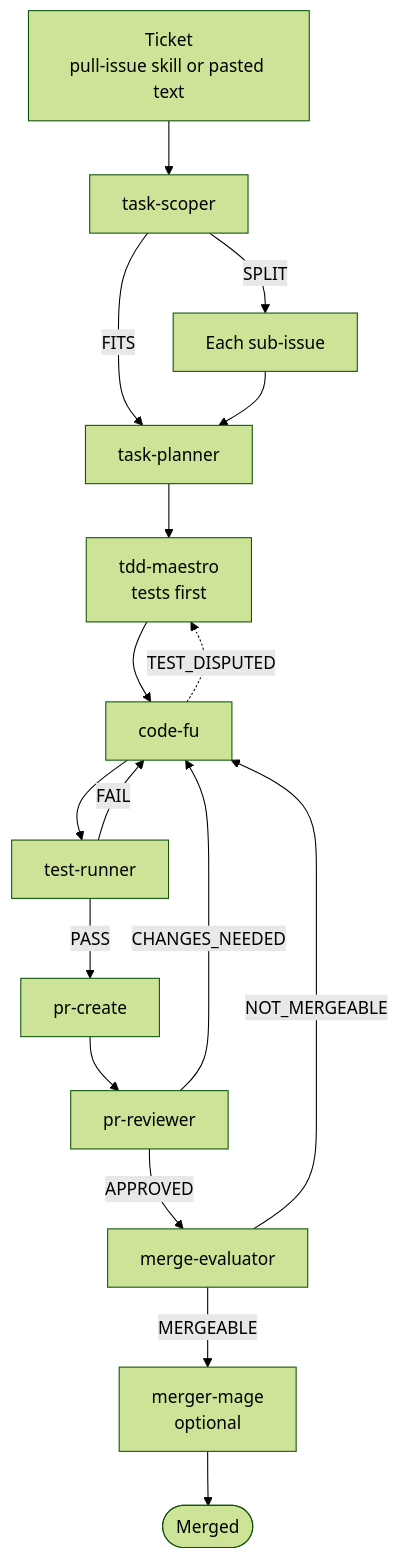
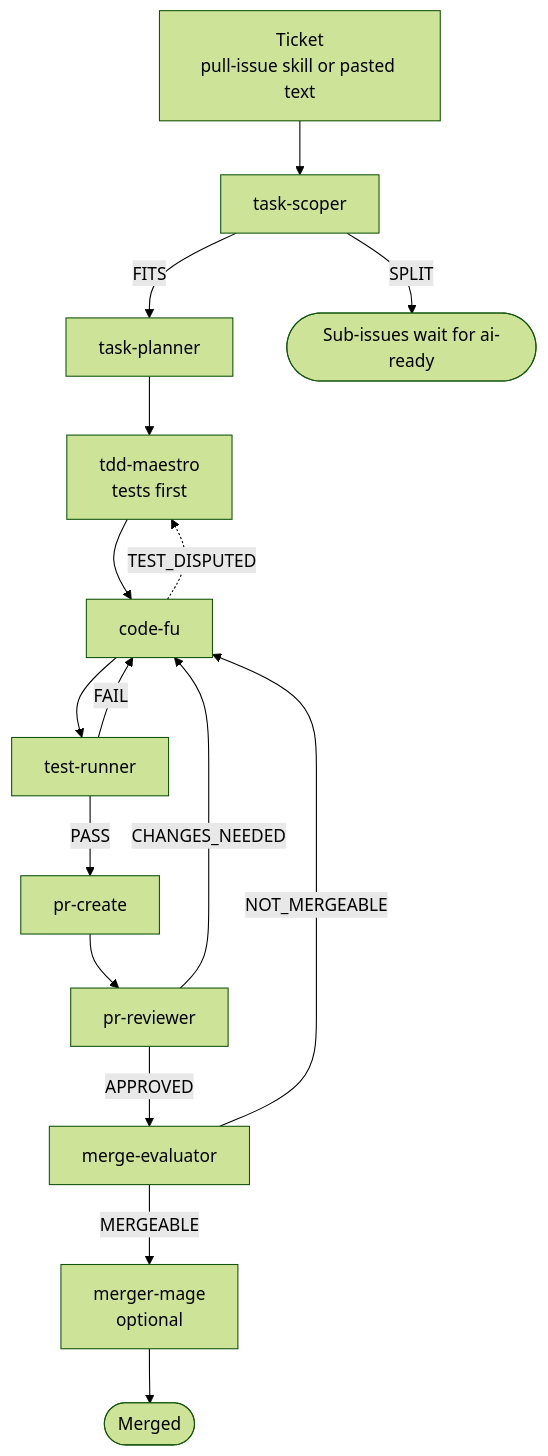
The diagram in README.md (thelim3y/agentic-engineering-workflow-legacy), drawn with Mermaid (forest theme) before and after one commit. The commit also changed 1 other file, not shown here.

Commit message:
docs: define the ticket skill

````diff
--- a/README.md
+++ b/README.md
@@ -24,18 +24,18 @@
 ```mermaid
 flowchart TD
     ticket["Ticket<br/>pull-issue skill or pasted text"] --> scope["task-scoper"]
     scope -- FITS --> plan["task-planner"]
-    scope -- SPLIT --> subs["Each sub-issue"] --> plan
+    scope -- SPLIT --> subs(["Sub-issues wait for ai-ready"])
     plan --> tests["tdd-maestro<br/>tests first"]
     tests --> code["code-fu"]
     code -. TEST_DISPUTED .-> tests
     code --> run["test-runner"]
     run -- FAIL --> code
     run -- PASS --> pr["pr-create"]
     pr --> review["pr-reviewer"]
     review -- CHANGES_NEEDED --> code
     review -- APPROVED --> eval["merge-evaluator"]
     eval -- NOT_MERGEABLE --> code
     eval -- MERGEABLE --> merge["merger-mage<br/>optional"]
     merge --> done(["Merged"])
 ```
````
